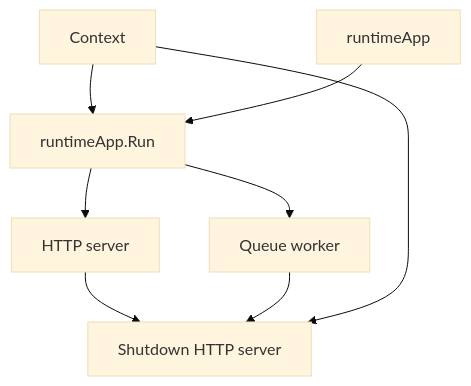
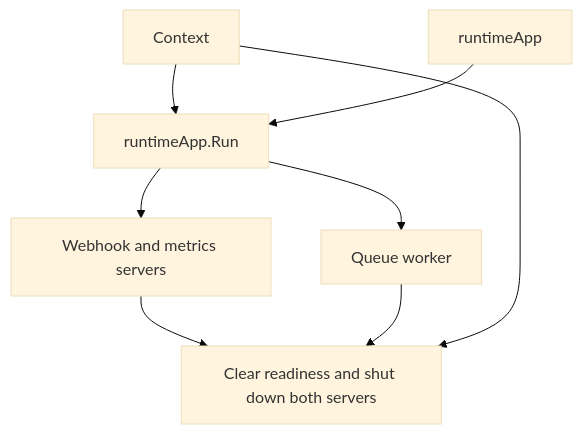
The second of 2 diagrams in internal/app/README.md (siutsin/telegram-jung2-bot), drawn with Mermaid (base theme) before and after one commit. The commit also changed other lines of this file and 31 other files, not shown here.

First line of the commit message:
feat: add metrics lifecycle readiness (#3105)

````diff
--- a/internal/app/README.md
+++ b/internal/app/README.md
@@ -32,10 +34,10 @@
 ```mermaid
 flowchart TD
     ctx[Context] --> run[runtimeApp.Run]
     app[runtimeApp] --> run
-    run --> serve[HTTP server]
+    run --> serve[Webhook and metrics servers]
     run --> poll[Queue worker]
-    serve --> stop[Shutdown HTTP server]
+    serve --> stop[Clear readiness and shut down both servers]
     poll --> stop
     ctx --> stop
 ```
````
